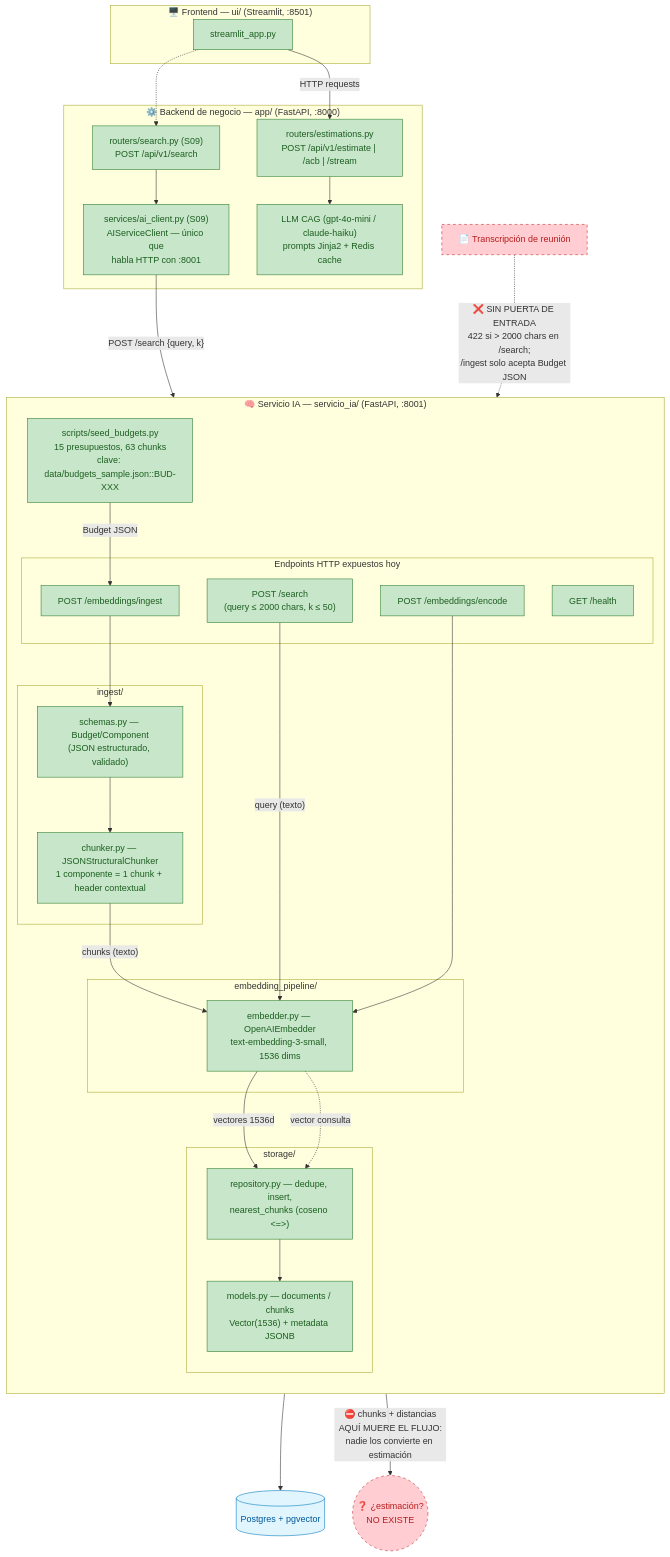
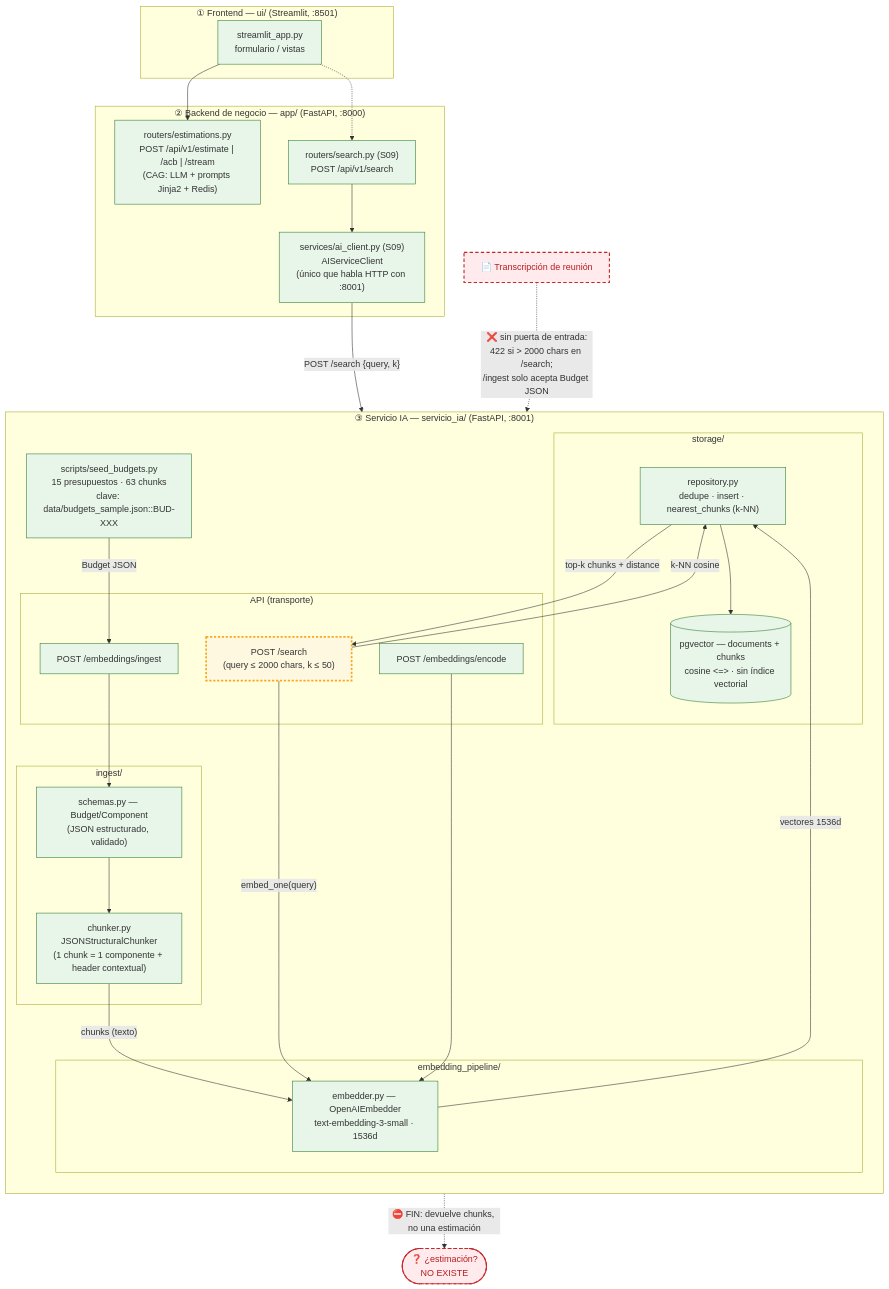
Before and after one commit to gvlpedro/estimator: the first of 2 diagrams in arquitectura-actual.md, drawn with Mermaid. The commit also changed other lines of this file, not shown here.

Commit message:
docs: restructure architecture diagnosis to match expected deliverable format

````diff
--- a/arquitectura-actual.md
+++ b/arquitectura-actual.md
@@ -6,61 +28,71 @@
 ```mermaid
 flowchart TB
-    subgraph FE["🖥️ Frontend — ui/ (Streamlit, :8501)"]
-        UI[streamlit_app.py]
+    subgraph FE["① Frontend — ui/ (Streamlit, :8501)"]
+        UI["streamlit_app.py<br/>formulario / vistas"]
     end
 
-    subgraph BE["⚙️ Backend de negocio — app/ (FastAPI, :8000)"]
-        EST["routers/estimations.py<br/>POST /api/v1/estimate | /acb | /stream"]
+    subgraph BIZ["② Backend de negocio — app/ (FastAPI, :8000)"]
+        EST["routers/estimations.py<br/>POST /api/v1/estimate | /acb | /stream<br/>(CAG: LLM + prompts Jinja2 + Redis)"]
         SRCH_BE["routers/search.py (S09)<br/>POST /api/v1/search"]
-        AICL["services/ai_client.py (S09)<br/>AIServiceClient — único que<br/>habla HTTP con :8001"]
-        LLM["LLM CAG (gpt-4o-mini / claude-haiku)<br/>prompts Jinja2 + Redis cache"]
+        AIClient["services/ai_client.py (S09)<br/>AIServiceClient<br/>(único que habla HTTP con :8001)"]
     end
 
-    subgraph IA["🧠 Servicio IA — servicio_ia/ (FastAPI, :8001)"]
+    subgraph AI["③ Servicio IA — servicio_ia/ (FastAPI, :8001)"]
         direction TB
-        subgraph EP_HTTP["Endpoints HTTP expuestos hoy"]
-            H["GET /health"]
-            ING_EP["POST /embeddings/ingest"]
-            ENC_EP["POST /embeddings/encode"]
-            SRCH_EP["POST /search<br/>(query ≤ 2000 chars, k ≤ 50)"]
+
+        subgraph API["API (transporte)"]
+            EpIngest["POST /embeddings/ingest"]
+            EpEncode["POST /embeddings/encode"]
+            EpSearch["POST /search<br/>(query ≤ 2000 chars, k ≤ 50)"]
         end
+
         subgraph INGEST["ingest/"]
-            SCH["schemas.py — Budget/Component<br/>(JSON estructurado, validado)"]
-            CHK["chunker.py — JSONStructuralChunker<br/>1 componente = 1 chunk + header contextual"]
+            Schemas["schemas.py — Budget/Component<br/>(JSON estructurado, validado)"]
+            Chunk["chunker.py<br/>JSONStructuralChunker<br/>(1 chunk = 1 componente + header contextual)"]
         end
+
         subgraph EMB["embedding_pipeline/"]
-            EMBD["embedder.py — OpenAIEmbedder<br/>text-embedding-3-small, 1536 dims"]
+            Embed["embedder.py — OpenAIEmbedder<br/>text-embedding-3-small · 1536d"]
         end
+
         subgraph STO["storage/"]
-            REPO["repository.py — dedupe, insert,<br/>nearest_chunks (coseno &lt;=&gt;)"]
-            MOD["models.py — documents / chunks<br/>Vector(1536) + metadata JSONB"]
+            Repo["repository.py<br/>dedupe · insert · nearest_chunks (k-NN)"]
+            Store[("pgvector — documents + chunks<br/>cosine &lt;=&gt; · sin índice vectorial")]
         end
-        SEED["scripts/seed_budgets.py<br/>15 presupuestos, 63 chunks<br/>clave: data/budgets_sample.json::BUD-XXX"]
+
+        Seed["scripts/seed_budgets.py<br/>15 presupuestos · 63 chunks<br/>clave: data/budgets_sample.json::BUD-XXX"]
     end
 
-    PG[("Postgres + pgvector")]
+    %% Capa 1 → capa 2
+    UI --> EST
+    UI -.-> SRCH_BE
 
-    UI -->|"HTTP requests"| EST
-    UI -.-> SRCH_BE
-    SRCH_BE --> AICL
-    AICL -->|"POST /search {query, k}"| SRCH_EP
-    EST --> LLM
-    SEED -->|"Budget JSON"| ING_EP
-    ING_EP --> SCH --> CHK -->|"chunks (texto)"| EMBD
-    EMBD -->|"vectores 1536d"| REPO
-    SRCH_EP -->|"query (texto)"| EMBD
-    EMBD -.->|"vector consulta"| REPO
-    REPO --> MOD --> PG
-    ENC_EP --> EMBD
+    %% Camino S09: backend → servicio IA
+    SRCH_BE --> AIClient
+    AIClient -->|"POST /search {query, k}"| EpSearch
 
+    %% Camino de ingesta (presupuesto a presupuesto)
+    Seed -->|"Budget JSON"| EpIngest
+    EpIngest --> Schemas --> Chunk -->|"chunks (texto)"| Embed
+    Embed -->|"vectores 1536d"| Repo
+
+    %% Camino de búsqueda
+    EpSearch -->|"embed_one(query)"| Embed
+    EpSearch -->|"k-NN cosine"| Repo
+    Repo --> Store
+    Repo -->|"top-k chunks + distance"| EpSearch
+    EpEncode --> Embed
+
+    %% AQUÍ ACABA TODO
+    EpSearch -. "⛔ FIN: devuelve chunks, no una estimación" .-> END(["❓ ¿estimación?<br/>NO EXISTE"])
     TRANS["📄 Transcripción de reunión"]
-    TRANS -.->|"❌ SIN PUERTA DE ENTRADA<br/>422 si &gt; 2000 chars en /search;<br/>/ingest solo acepta Budget JSON"| SRCH_EP
-    SRCH_EP -->|"⛔ chunks + distancias<br/>AQUÍ MUERE EL FLUJO:<br/>nadie los convierte en estimación"| FIN(("❓ ¿estimación?<br/>NO EXISTE"))
+    TRANS -. "❌ sin puerta de entrada:<br/>422 si &gt; 2000 chars en /search;<br/>/ingest solo acepta Budget JSON" .-> EpSearch
 
-    classDef done fill:#c8e6c9,stroke:#2e7d32,color:#1b5e20
-    classDef gap fill:#ffcdd2,stroke:#c62828,color:#b71c1c,stroke-dasharray: 5 5
-    classDef infra fill:#e1f5fe,stroke:#0277bd,color:#01579b
-    class H,ING_EP,ENC_EP,SRCH_EP,SCH,CHK,EMBD,REPO,MOD,SEED,EST,SRCH_BE,AICL,LLM,UI done
-    class TRANS,FIN gap
-    class PG infra
+    classDef done fill:#e8f5e9,stroke:#2e7d32,stroke-width:1px;
+    classDef edge fill:#fff8e1,stroke:#f9a825,stroke-width:3px,stroke-dasharray:4 3;
+    classDef missing fill:#ffebee,stroke:#c62828,stroke-width:2px,stroke-dasharray:6 4,color:#b71c1c;
+
+    class UI,EST,SRCH_BE,AIClient,EpIngest,EpEncode,Schemas,Chunk,Embed,Repo,Store,Seed done;
+    class EpSearch edge;
+    class END,TRANS missing;
 ```
````
